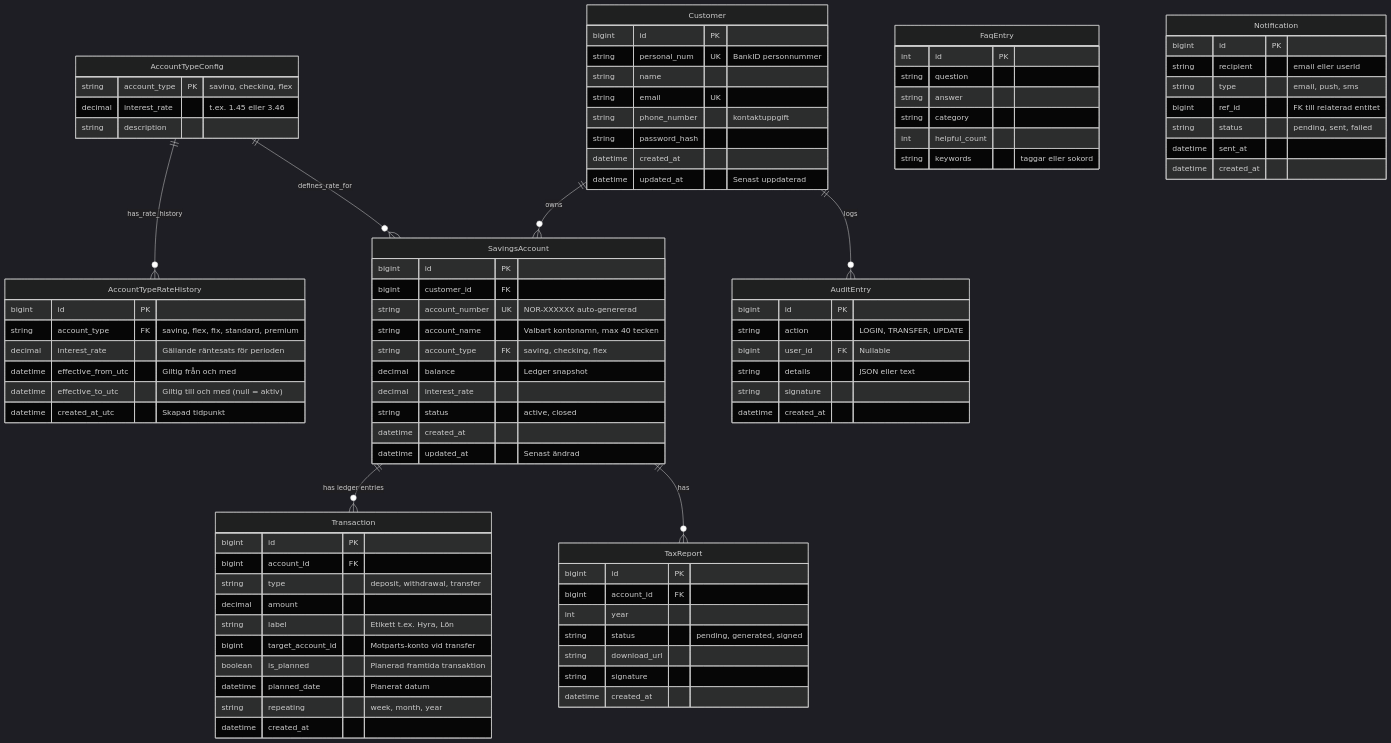
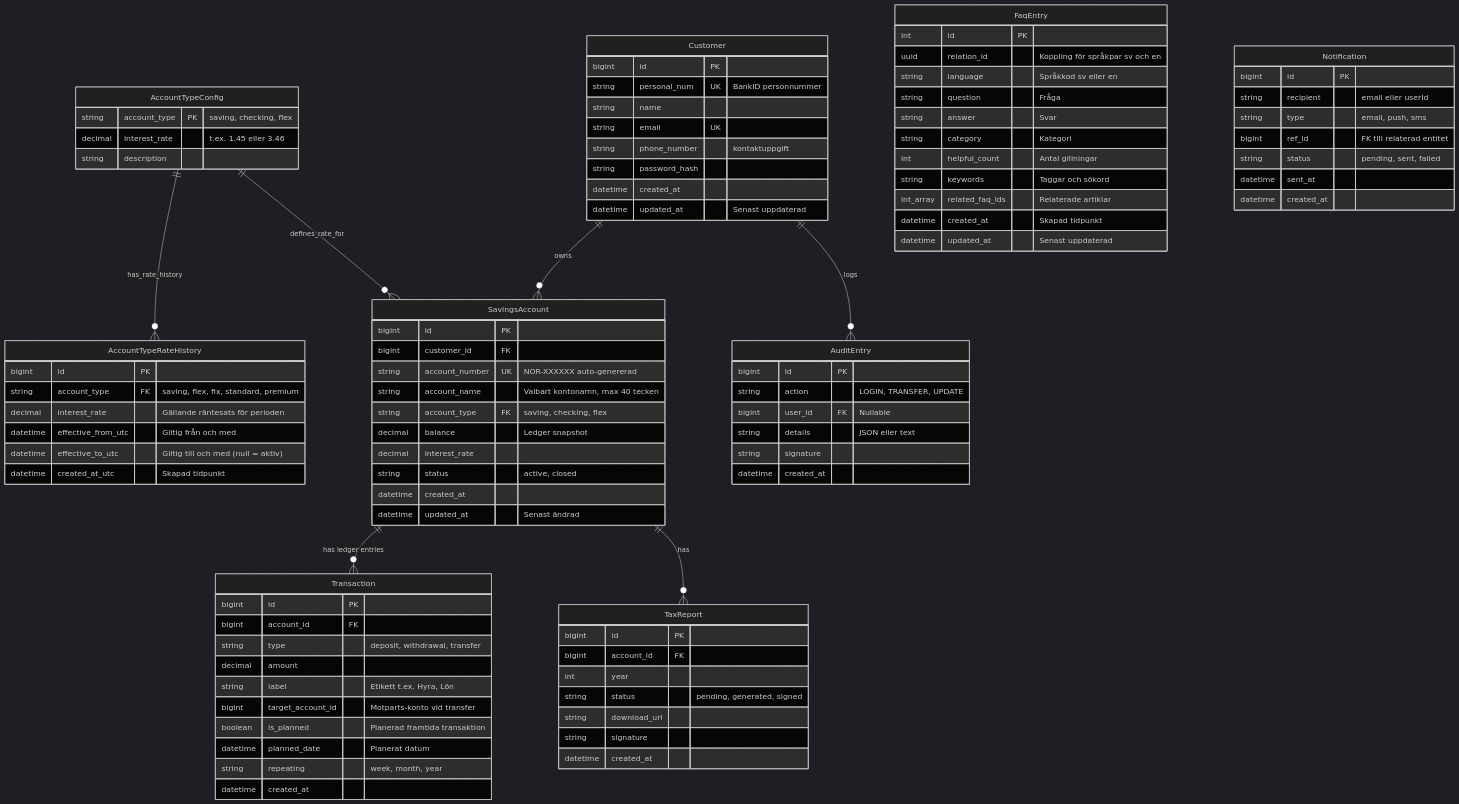
One commit to chas-challenge-2026/nordiska-team1 changed the diagram in README.md. Above: the diagram before and after it, drawn with Mermaid (dark theme). The commit also changed 15 other files, not shown here.

Commit message:
feat(faq): implement relationId backend, prepare relatedFaqIds and clear initial seed

```diff
--- a/README.md
+++ b/README.md
@@ -131,11 +131,16 @@
 
     FaqEntry {
         int id PK
-        string question
-        string answer
-        string category
-        int helpful_count
-        string keywords "taggar eller sokord"
+        uuid relation_id "Koppling för språkpar sv och en"
+        string language "Språkkod sv eller en"
+        string question "Fråga"
+        string answer "Svar"
+        string category "Kategori"
+        int helpful_count "Antal gillningar"
+        string keywords "Taggar och sökord"
+        int_array related_faq_ids "Relaterade artiklar"
+        datetime created_at "Skapad tidpunkt"
+        datetime updated_at "Senast uppdaterad"
     }
 
     Notification {
```
